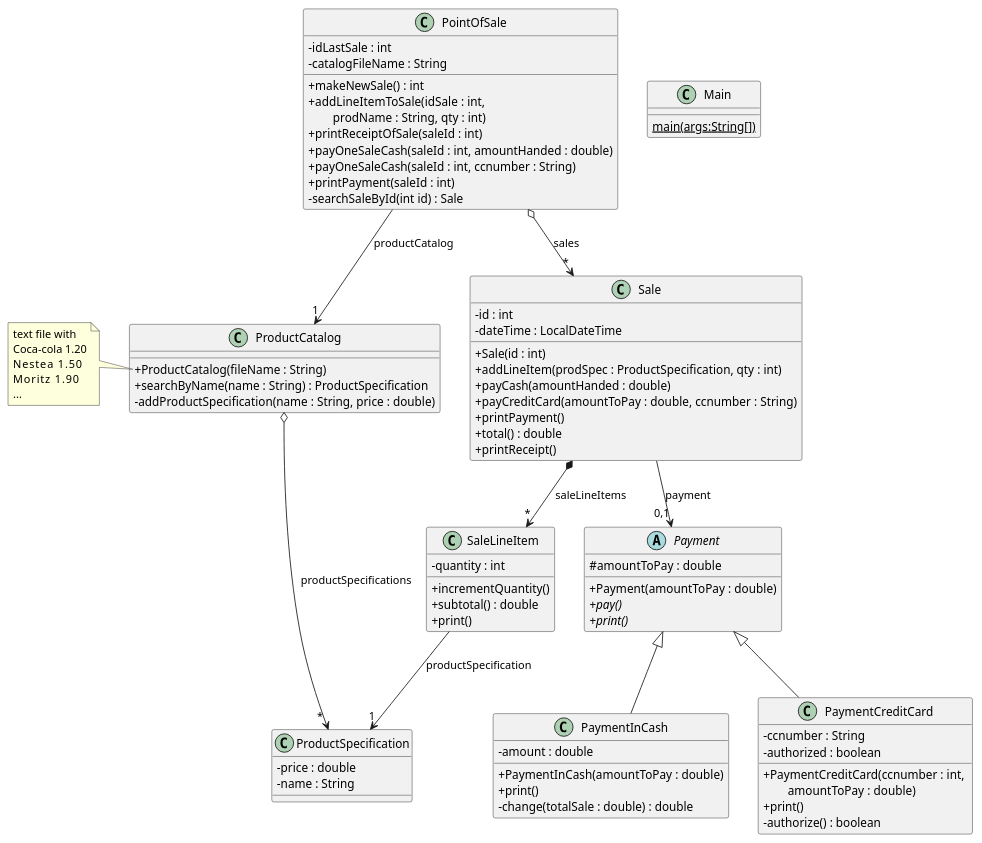
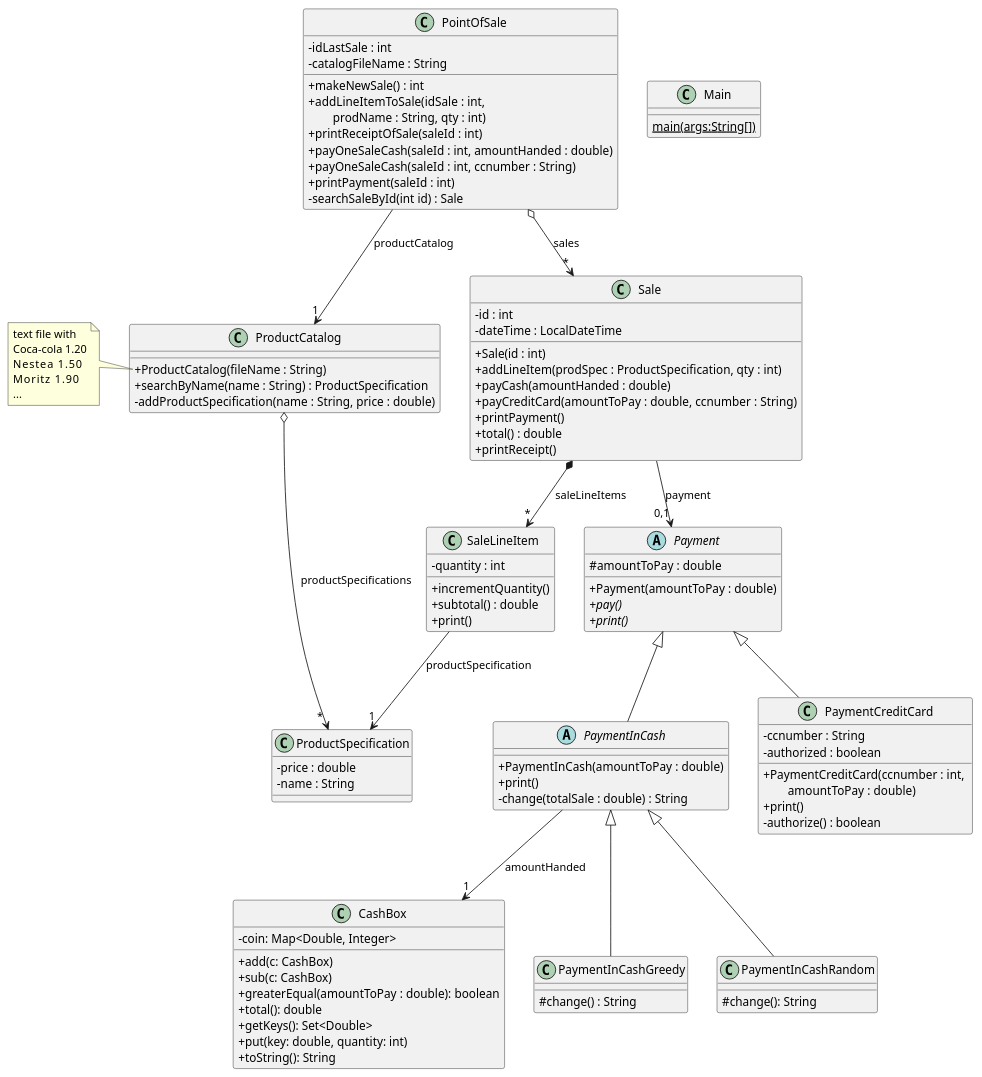
One commit to NIU1707994/DS changed the diagram in PointOfSale/src/pos_creditcard/pos_final_cc.puml. Above: the diagram before and after it, drawn with PlantUML. The commit also changed 1 other file, not shown here.

Commit message:
CashBox and Greedy change return need to check UML and add Random change

```diff
--- a/PointOfSale/src/pos_creditcard/pos_final_cc.puml
+++ b/PointOfSale/src/pos_creditcard/pos_final_cc.puml
@@ -1,91 +1,108 @@
 @startuml
 'https://plantuml.com/class-diagram
 skinparam classAttributeIconSize 0
 
 class Main {
 {static} main(args:String[])
 }
 
 class PointOfSale {
 - idLastSale : int
 - catalogFileName : String
 + makeNewSale() : int
 + addLineItemToSale(idSale : int, \n\tprodName : String, qty : int)
 + printReceiptOfSale(saleId : int)
 + payOneSaleCash(saleId : int, amountHanded : double)
 + payOneSaleCash(saleId : int, ccnumber : String)
 + printPayment(saleId : int)
 - searchSaleById(int id) : Sale
 }
 
 class ProductCatalog {
 + ProductCatalog(fileName : String)
 + searchByName(name : String) : ProductSpecification
 - addProductSpecification(name : String, price : double)
 }
 
 note left of ProductCatalog::ProductCatalog {
 text file with
 Coca-cola 1.20
 Nestea    1.50
 Moritz    1.90
 ...
 }
 
 class ProductSpecification {
 - price : double
 - name : String
 }
 
 class Sale {
 - id : int
 - dateTime : LocalDateTime
 + Sale(id : int)
 + addLineItem(prodSpec : ProductSpecification, qty : int)
 + payCash(amountHanded : double)
 + payCreditCard(amountToPay : double, ccnumber : String)
 + printPayment()
 + total() : double
 + printReceipt()
 
 }
 
 class SaleLineItem {
 - quantity : int
 + incrementQuantity()
 + subtotal() : double
 + print()
 }
 
 abstract class Payment {
   # amountToPay : double
   + Payment(amountToPay : double)
   + {abstract} pay()
   + {abstract} print()
 }
 
-class PaymentInCash extends Payment {
-  - amount : double
+class CashBox {
+-coin: Map<Double, Integer>
++add(c: CashBox)
++sub(c: CashBox)
++greaterEqual(amountToPay : double): boolean
++total(): double
++getKeys(): Set<Double>
++put(key: double, quantity: int)
++toString(): String
+}
+
+abstract class PaymentInCash extends Payment {
   + PaymentInCash(amountToPay : double)
   + print()
-  - change(totalSale : double) : double
+  - change(totalSale : double) : String
 }
 
 Sale --> "0,1" Payment : payment
 
+class PaymentInCashGreedy extends PaymentInCash{
+#change() : String
+}
+
+class PaymentInCashRandom extends PaymentInCash {
+#change(): String
+}
 
 class PaymentCreditCard extends Payment {
   - ccnumber : String
   - authorized : boolean  
   + PaymentCreditCard(ccnumber : int, \n\tamountToPay : double)
   + print()
   - authorize() : boolean
 }
 
 PointOfSale o--> "*" Sale : sales
 Sale *--> "*" SaleLineItem : saleLineItems
 SaleLineItem --> "1" ProductSpecification : productSpecification
 PointOfSale --> "1" ProductCatalog : productCatalog
 ProductCatalog o--> " * " ProductSpecification : productSpecifications
-
+PaymentInCash --> "1" CashBox : amountHanded
 @enduml
```
